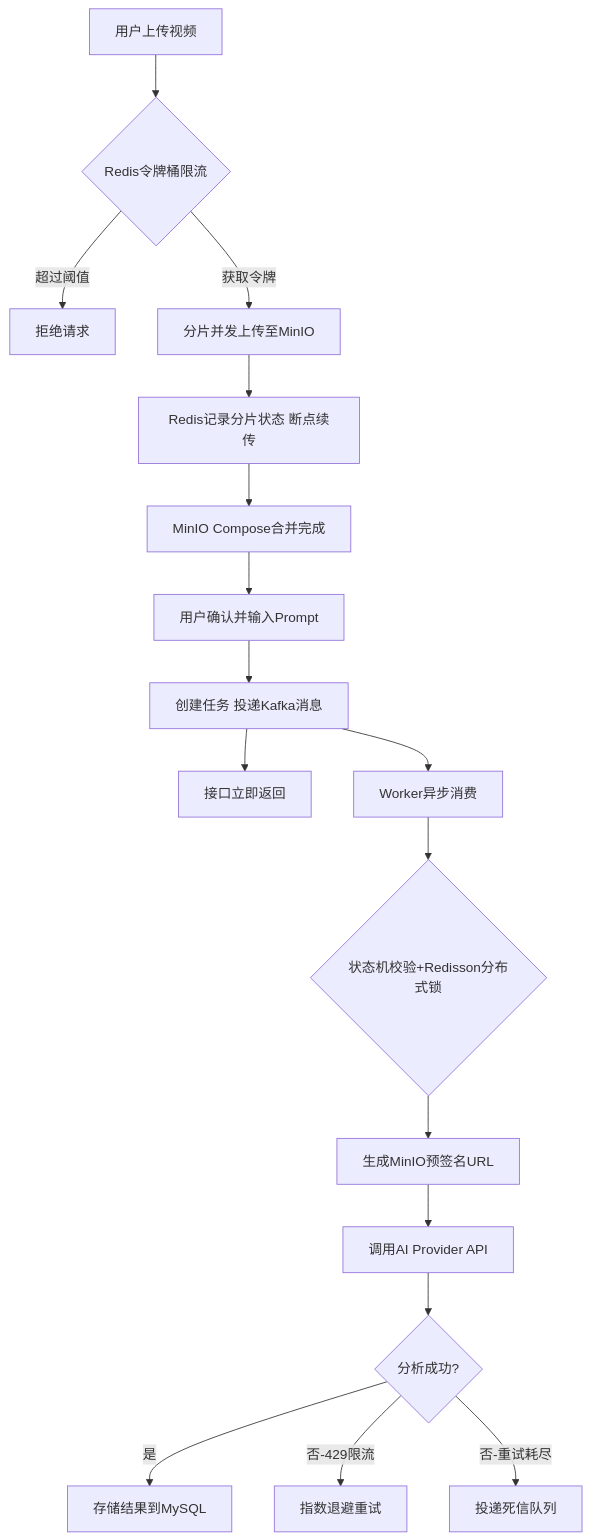
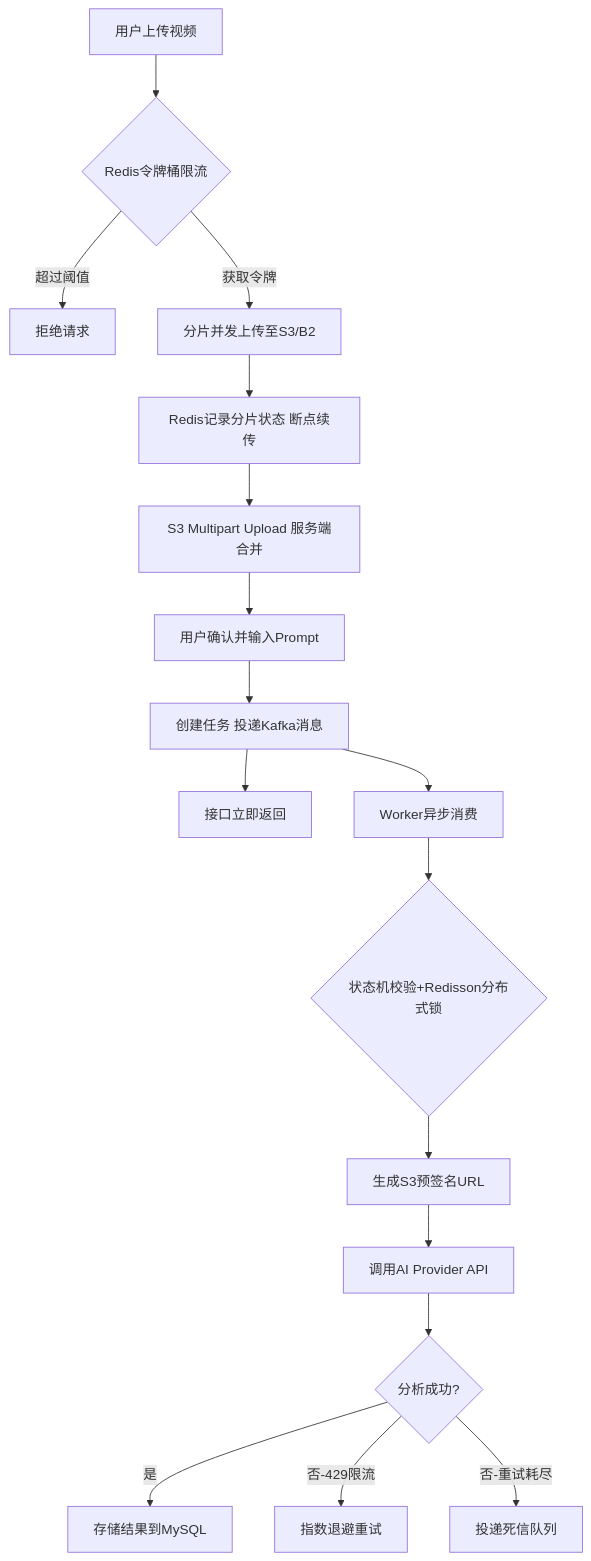
Before and after one commit to Aloys-y/video-ai-platform: the diagram in README.md, drawn with Mermaid. The commit also changed other lines of this file and 13 other files, not shown here.

First line of the commit message:
feat: MinIO → AWS S3 SDK + Backblaze B2 Multipart Upload

````diff
--- a/README.md
+++ b/README.md
@@ -94,21 +94,21 @@
 ```mermaid
 graph TD
     A[用户上传视频] --> B{Redis令牌桶限流}
     B -- 超过阈值 --> C[拒绝请求]
-    B -- 获取令牌 --> D[分片并发上传至MinIO]
+    B -- 获取令牌 --> D[分片并发上传至S3/B2]
     D --> E[Redis记录分片状态 断点续传]
-    E --> F[MinIO Compose合并完成]
+    E --> F[S3 Multipart Upload 服务端合并]
 
     F --> G[用户确认并输入Prompt]
     G --> H[创建任务 投递Kafka消息]
     H --> I[接口立即返回]
 
     H --> J[Worker异步消费]
     J --> K{状态机校验+Redisson分布式锁}
-    K --> L[生成MinIO预签名URL]
+    K --> L[生成S3预签名URL]
     L --> M[调用AI Provider API]
     M --> N{分析成功?}
     N -- 是 --> O[存储结果到MySQL]
     N -- 否-429限流 --> P[指数退避重试]
     N -- 否-重试耗尽 --> Q[投递死信队列]
 ```
````
